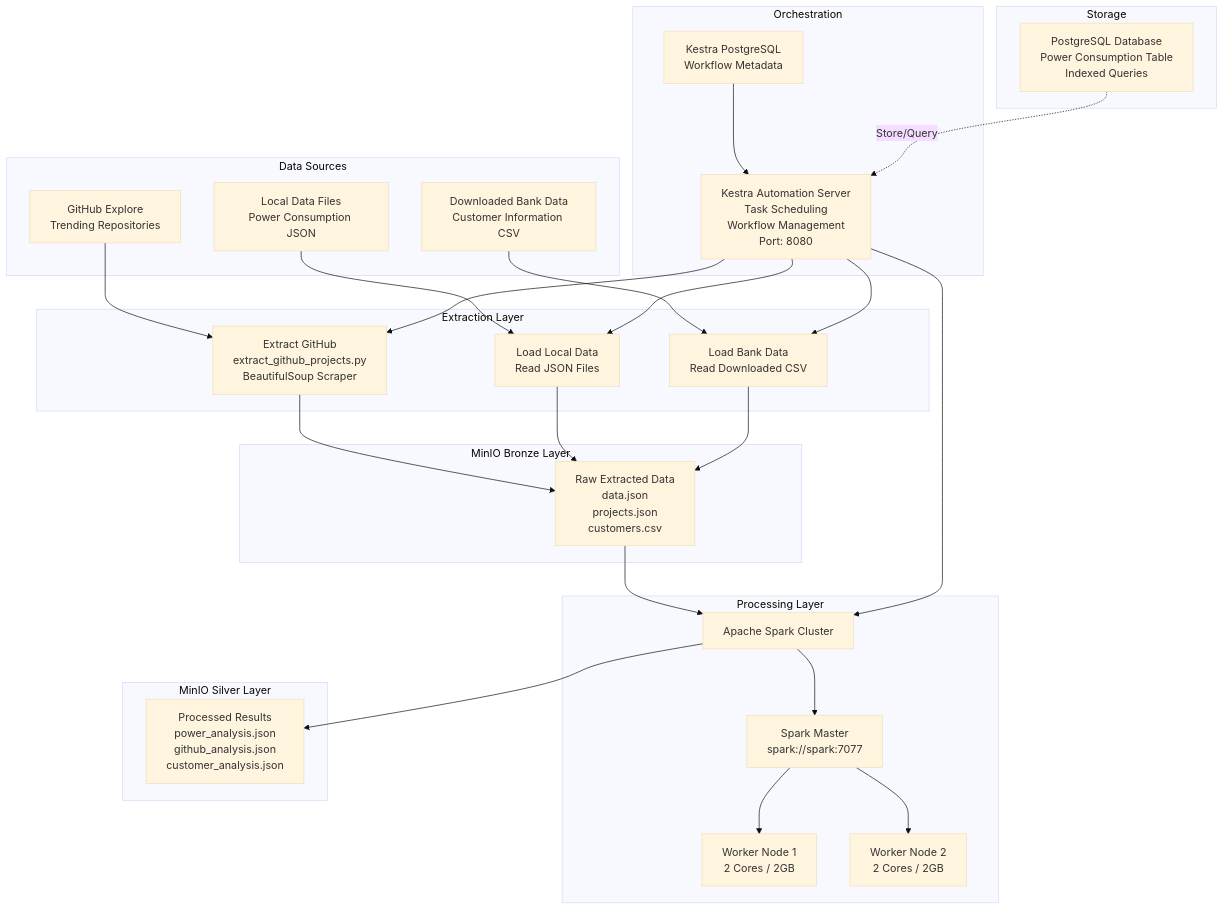
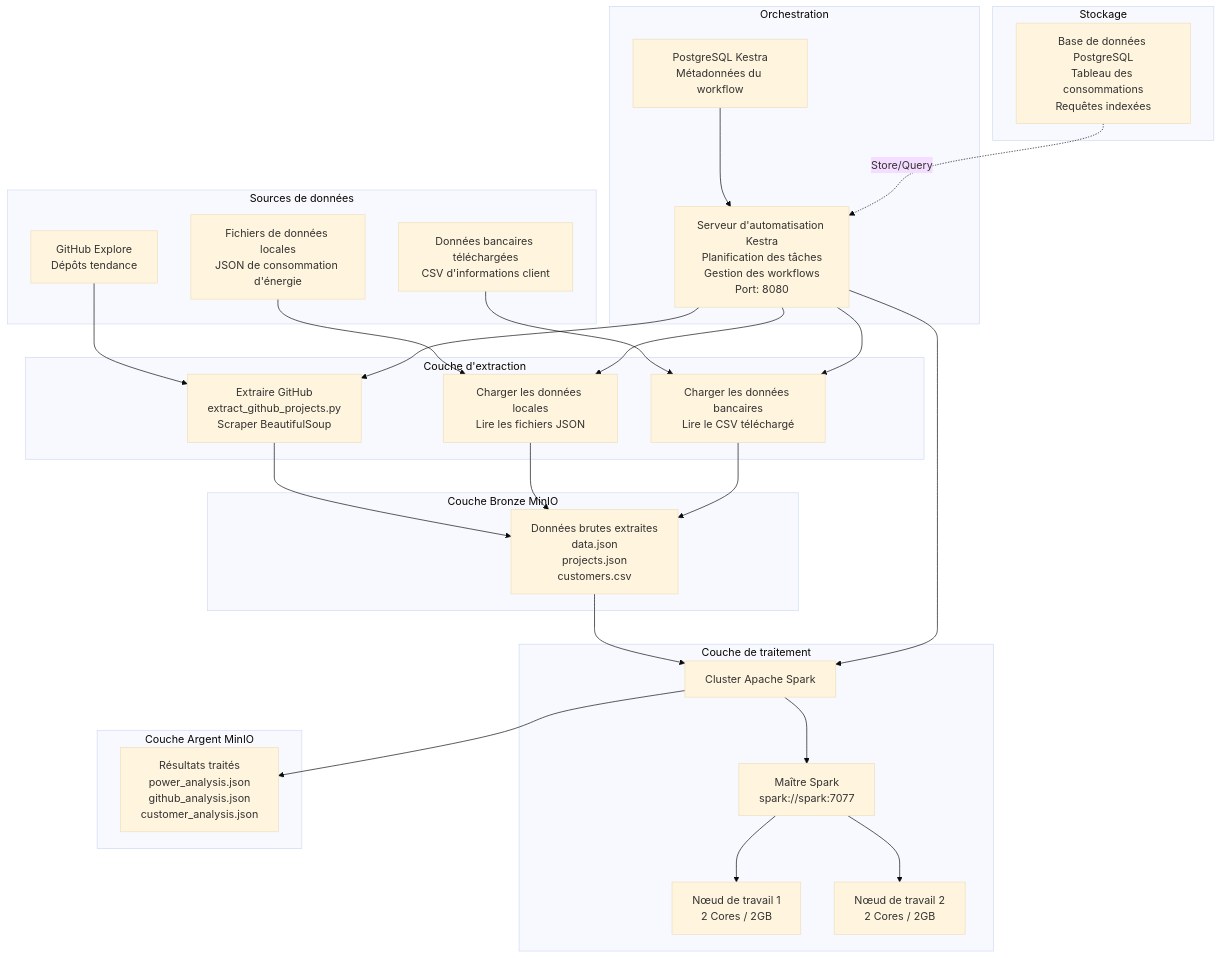
Before and after one commit to victor3spoir/techuptour-etl: the diagram in README.md, drawn with Mermaid (base theme). The commit also changed other lines of this file and 3 other files, not shown here.

Commit message:
docs(project): add project description and architecture diagram

````diff
--- a/README.md
+++ b/README.md
@@ -80,60 +82,60 @@
 ```mermaid
 graph TB
-    subgraph "Data Sources"
-        GitHub["GitHub Explore<br/>Trending Repositories"]
-        LocalData["Local Data Files<br/>Power Consumption JSON"]
-        BankData["Downloaded Bank Data<br/>Customer Information CSV"]
+    subgraph "Sources de données"
+        GitHub["GitHub Explore<br/>Dépôts tendance"]
+        LocalData["Fichiers de données locales<br/>JSON de consommation d'énergie"]
+        BankData["Données bancaires téléchargées<br/>CSV d'informations client"]
     end
     
-    subgraph "Extraction Layer"
-        ExtractGH["Extract GitHub<br/>extract_github_projects.py<br/>BeautifulSoup Scraper"]
-        ExtractLocal["Load Local Data<br/>Read JSON Files"]
-        ExtractBank["Load Bank Data<br/>Read Downloaded CSV"]
+    subgraph "Couche d'extraction"
+        ExtractGH["Extraire GitHub<br/>extract_github_projects.py<br/>Scraper BeautifulSoup"]
+        ExtractLocal["Charger les données locales<br/>Lire les fichiers JSON"]
+        ExtractBank["Charger les données bancaires<br/>Lire le CSV téléchargé"]
     end
     
-    subgraph "MinIO Bronze Layer"
-        Bronze["Raw Extracted Data<br/>data.json<br/>projects.json<br/>customers.csv"]
+    subgraph "Couche Bronze MinIO"
+        Bronze["Données brutes extraites<br/>data.json<br/>projects.json<br/>customers.csv"]
     end
     
-    subgraph "Processing Layer"
-        Spark["Apache Spark Cluster"]
-        Master["Spark Master<br/>spark://spark:7077"]
-        Worker1["Worker Node 1<br/>2 Cores / 2GB"]
-        Worker2["Worker Node 2<br/>2 Cores / 2GB"]
+    subgraph "Couche de traitement"
+        Spark["Cluster Apache Spark"]
+        Master["Maître Spark<br/>spark://spark:7077"]
+        Worker1["Nœud de travail 1<br/>2 Cores / 2GB"]
+        Worker2["Nœud de travail 2<br/>2 Cores / 2GB"]
     end
     
-    subgraph "MinIO Silver Layer"
-        Silver["Processed Results<br/>power_analysis.json<br/>github_analysis.json<br/>customer_analysis.json"]
+    subgraph "Couche Argent MinIO"
+        Silver["Résultats traités<br/>power_analysis.json<br/>github_analysis.json<br/>customer_analysis.json"]
     end
     
     subgraph "Orchestration"
-        Kestra["Kestra Automation Server<br/>Task Scheduling<br/>Workflow Management<br/>Port: 8080"]
-        KesteraDB["Kestra PostgreSQL<br/>Workflow Metadata"]
+        Kestra["Serveur d'automatisation Kestra<br/>Planification des tâches<br/>Gestion des workflows<br/>Port: 8080"]
+        KesteraDB["PostgreSQL Kestra<br/>Métadonnées du workflow"]
     end
     
-    subgraph "Storage"
-        PostgresDB["PostgreSQL Database<br/>Power Consumption Table<br/>Indexed Queries"]
+    subgraph "Stockage"
+        PostgresDB["Base de données PostgreSQL<br/>Tableau des consommations<br/>Requêtes indexées"]
     end
 
     GitHub --> ExtractGH
     LocalData --> ExtractLocal
     BankData --> ExtractBank
     
     ExtractGH --> Bronze
     ExtractLocal --> Bronze
     ExtractBank --> Bronze
     
     Bronze --> Spark
     Spark --> Master
     Master --> Worker1
     Master --> Worker2
     
     Spark --> Silver
     
     Kestra --> ExtractGH
     Kestra --> ExtractLocal
     Kestra --> ExtractBank
     Kestra --> Spark
     KesteraDB --> Kestra
     PostgresDB -.->|Store/Query| Kestra
 ```
````
